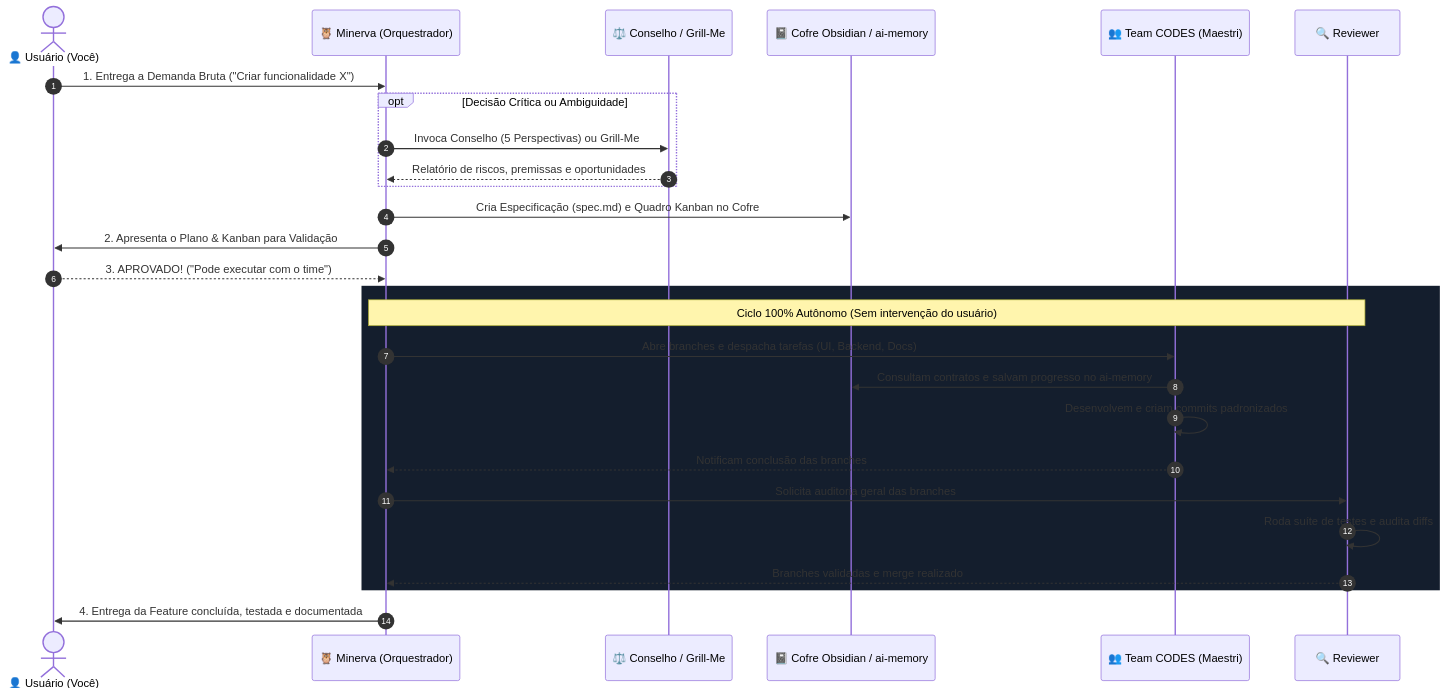
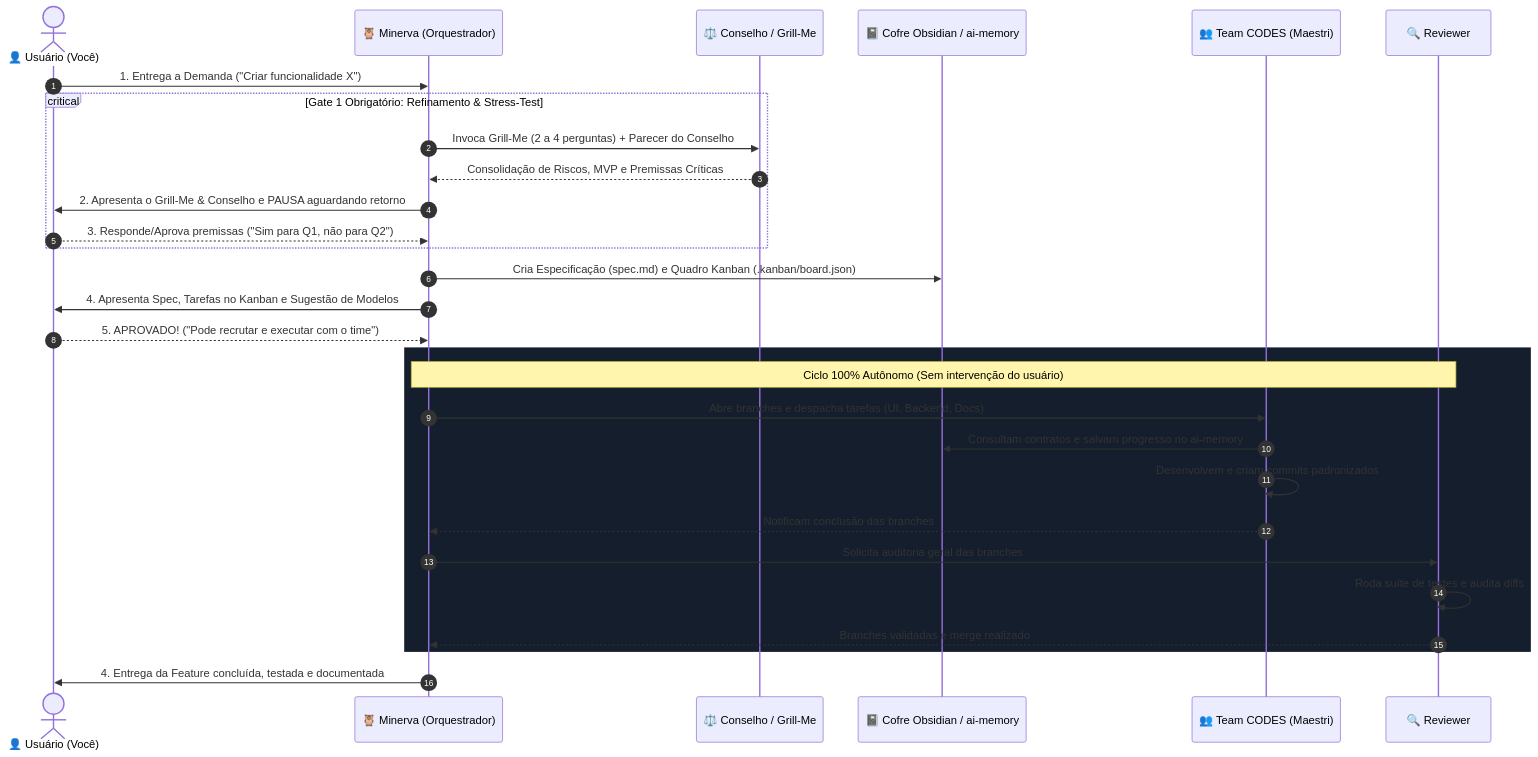
One commit to lk-feitosa/minerva-workspace changed the fifth of 6 diagrams in vault/Agentes/Workspace/Orquestração de Projetos - Minerva & Conselho.md. Above: the diagram before and after it, drawn with Mermaid. The commit also changed other lines of this file, not shown here.

Commit message:
docs: substituir prompt engessado por templates dinamicos e tornar o grill-me e conselho um gate obrigatorio no fluxo da minerva

````diff
--- a/vault/Agentes/Workspace/Orquestração de Projetos - Minerva & Conselho.md
+++ b/vault/Agentes/Workspace/Orquestração de Projetos - Minerva & Conselho.md
@@ -352,32 +358,34 @@
 ```mermaid
 sequenceDiagram
     autonumber
     actor User as 👤 Usuário (Você)
     participant M as 🦉 Minerva (Orquestrador)
     participant C as ⚖️ Conselho / Grill-Me
     participant O as 📓 Cofre Obsidian / ai-memory
     participant T as 👥 Team CODES (Maestri)
     participant R as 🔍 Reviewer
 
-    User->>M: 1. Entrega a Demanda Bruta ("Criar funcionalidade X")
-    opt Decisão Crítica ou Ambiguidade
-        M->>C: Invoca Conselho (5 Perspectivas) ou Grill-Me
-        C-->>M: Relatório de riscos, premissas e oportunidades
+    User->>M: 1. Entrega a Demanda ("Criar funcionalidade X")
+    critical Gate 1 Obrigatório: Refinamento & Stress-Test
+        M->>C: Invoca Grill-Me (2 a 4 perguntas) + Parecer do Conselho
+        C-->>M: Consolidação de Riscos, MVP e Premissas Críticas
+        M->>User: 2. Apresenta o Grill-Me & Conselho e PAUSA aguardando retorno
+        User-->>M: 3. Responde/Aprova premissas ("Sim para Q1, não para Q2")
     end
-    M->>O: Cria Especificação (spec.md) e Quadro Kanban no Cofre
-    M->>User: 2. Apresenta o Plano & Kanban para Validação
-    User-->>M: 3. APROVADO! ("Pode executar com o time")
+    M->>O: Cria Especificação (spec.md) e Quadro Kanban (.kanban/board.json)
+    M->>User: 4. Apresenta Spec, Tarefas no Kanban e Sugestão de Modelos
+    User-->>M: 5. APROVADO! ("Pode recrutar e executar com o time")
     
     rect rgb(20, 30, 45)
         Note over M,R: Ciclo 100% Autônomo (Sem intervenção do usuário)
         M->>T: Abre branches e despacha tarefas (UI, Backend, Docs)
         T->>O: Consultam contratos e salvam progresso no ai-memory
         T->>T: Desenvolvem e criam commits padronizados
         T-->>M: Notificam conclusão das branches
         M->>R: Solicita auditoria geral das branches
         R->>R: Roda suíte de testes e audita diffs
         R-->>M: Branches validadas e merge realizado
     end
     
     M->>User: 4. Entrega da Feature concluída, testada e documentada
 ```
````
